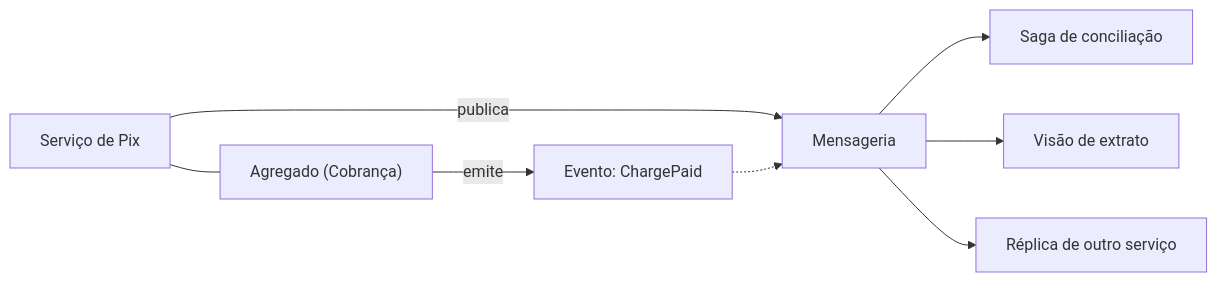
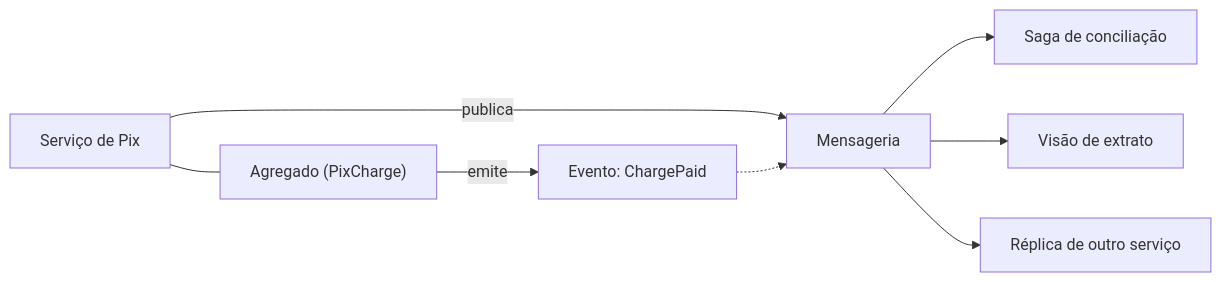
The diagram in docs/architecture/microservices/service-collaboration/domain-event.md (alancesar/design-patterns), drawn with Mermaid before and after one commit. The commit also changed 28 other files, not shown here.

Commit message:
Fix diagram review findings in microservices, eip, cloud and agent patterns

````diff
--- a/docs/architecture/microservices/service-collaboration/domain-event.md
+++ b/docs/architecture/microservices/service-collaboration/domain-event.md
@@ -59,10 +59,10 @@
 ```mermaid
 flowchart LR
-    A["Agregado (Cobrança)"] -->|"emite"| E["Evento: ChargePaid"]
+    A["Agregado (PixCharge)"] -->|"emite"| E["Evento: ChargePaid"]
     S["Serviço de Pix"] --- A
     S -->|"publica"| B["Mensageria"]
     E -.-> B
     B --> C1["Saga de conciliação"]
     B --> C2["Visão de extrato"]
     B --> C3["Réplica de outro serviço"]
 ```
````
